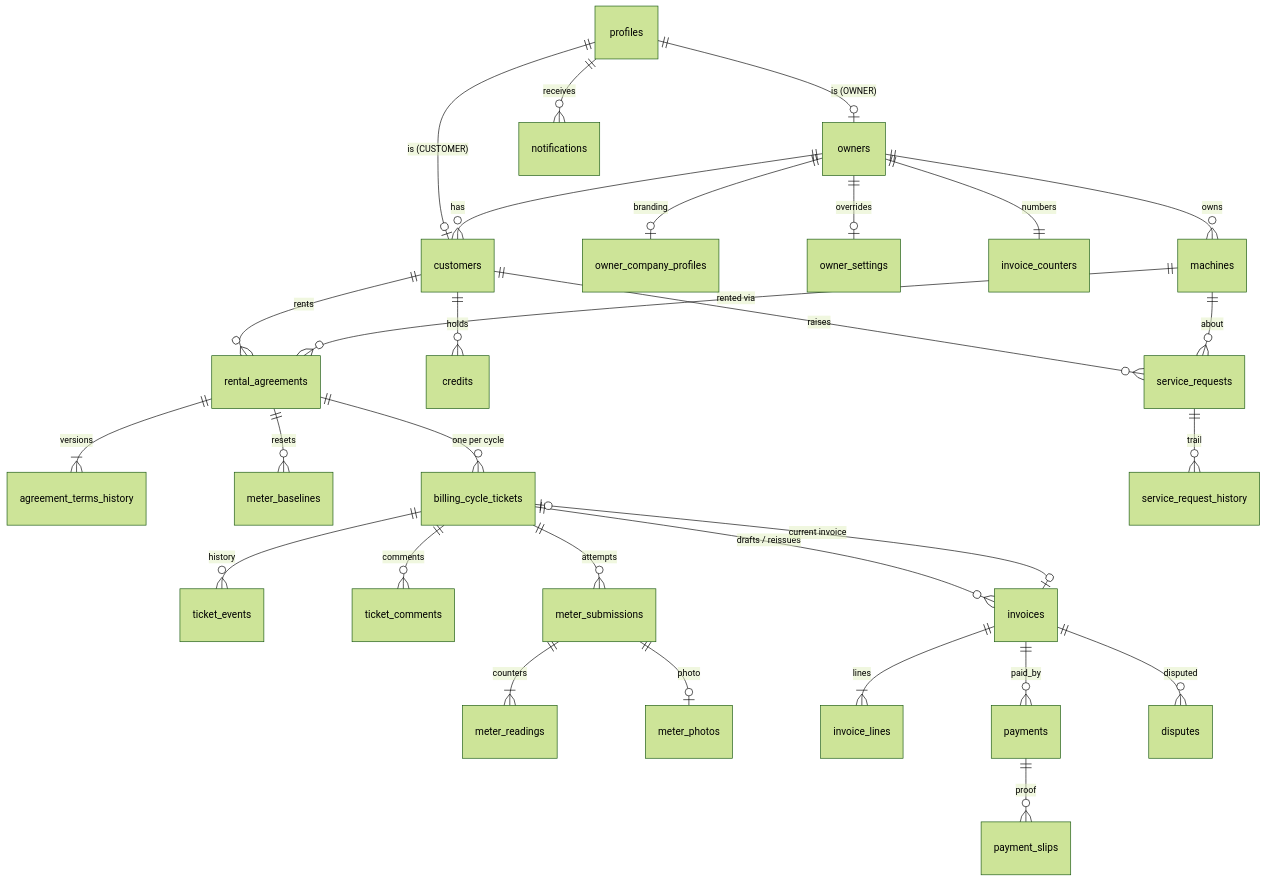
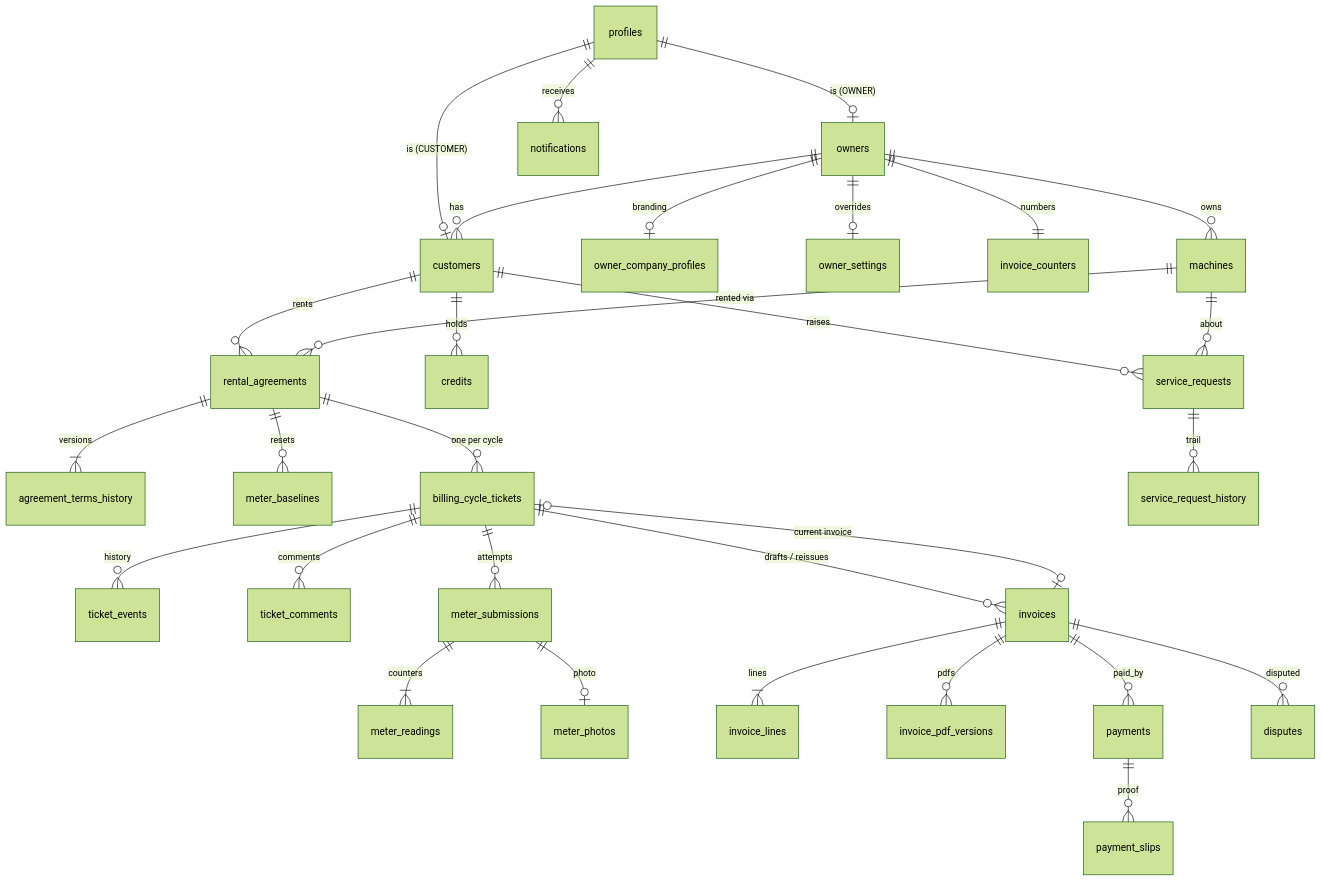
Before and after one commit to FernandoPrmu/rentdesk: the diagram in docs/database.md, drawn with Mermaid (forest theme). The commit also changed other lines of this file and 6 other files, not shown here.

First line of the commit message:
docs: invoice PDFs, letterhead, English-only rule, decisions 33-38, progress

````diff
--- a/docs/database.md
+++ b/docs/database.md
@@ -62,31 +63,32 @@
 ```mermaid
 erDiagram
     profiles ||--o| owners : "is (OWNER)"
     profiles ||--o| customers : "is (CUSTOMER)"
     owners ||--o| owner_company_profiles : branding
     owners ||--o| owner_settings : overrides
     owners ||--|| invoice_counters : numbers
     owners ||--o{ customers : has
     owners ||--o{ machines : owns
     customers ||--o{ rental_agreements : rents
     machines ||--o{ rental_agreements : "rented via"
     rental_agreements ||--|{ agreement_terms_history : versions
     rental_agreements ||--o{ meter_baselines : resets
     rental_agreements ||--o{ billing_cycle_tickets : "one per cycle"
     billing_cycle_tickets ||--o{ ticket_events : history
     billing_cycle_tickets ||--o{ ticket_comments : comments
     billing_cycle_tickets ||--o{ meter_submissions : attempts
     meter_submissions ||--|{ meter_readings : counters
     meter_submissions ||--o| meter_photos : photo
     billing_cycle_tickets ||--o{ invoices : "drafts / reissues"
     billing_cycle_tickets |o--o| invoices : "current invoice"
     invoices ||--|{ invoice_lines : lines
+    invoices ||--o{ invoice_pdf_versions : pdfs
     invoices ||--o{ payments : paid_by
     payments ||--o{ payment_slips : proof
     invoices ||--o{ disputes : disputed
     customers ||--o{ credits : holds
     customers ||--o{ service_requests : raises
     machines ||--o{ service_requests : about
     service_requests ||--o{ service_request_history : trail
     profiles ||--o{ notifications : receives
 ```
````
